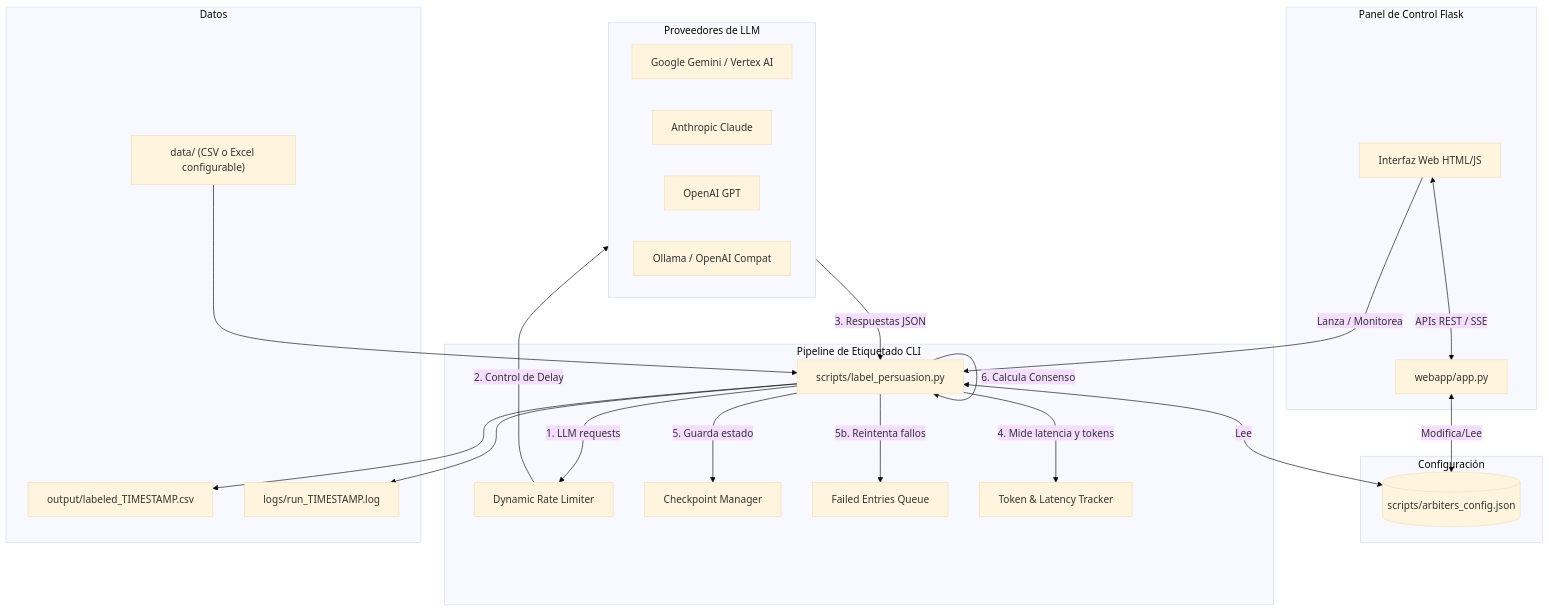
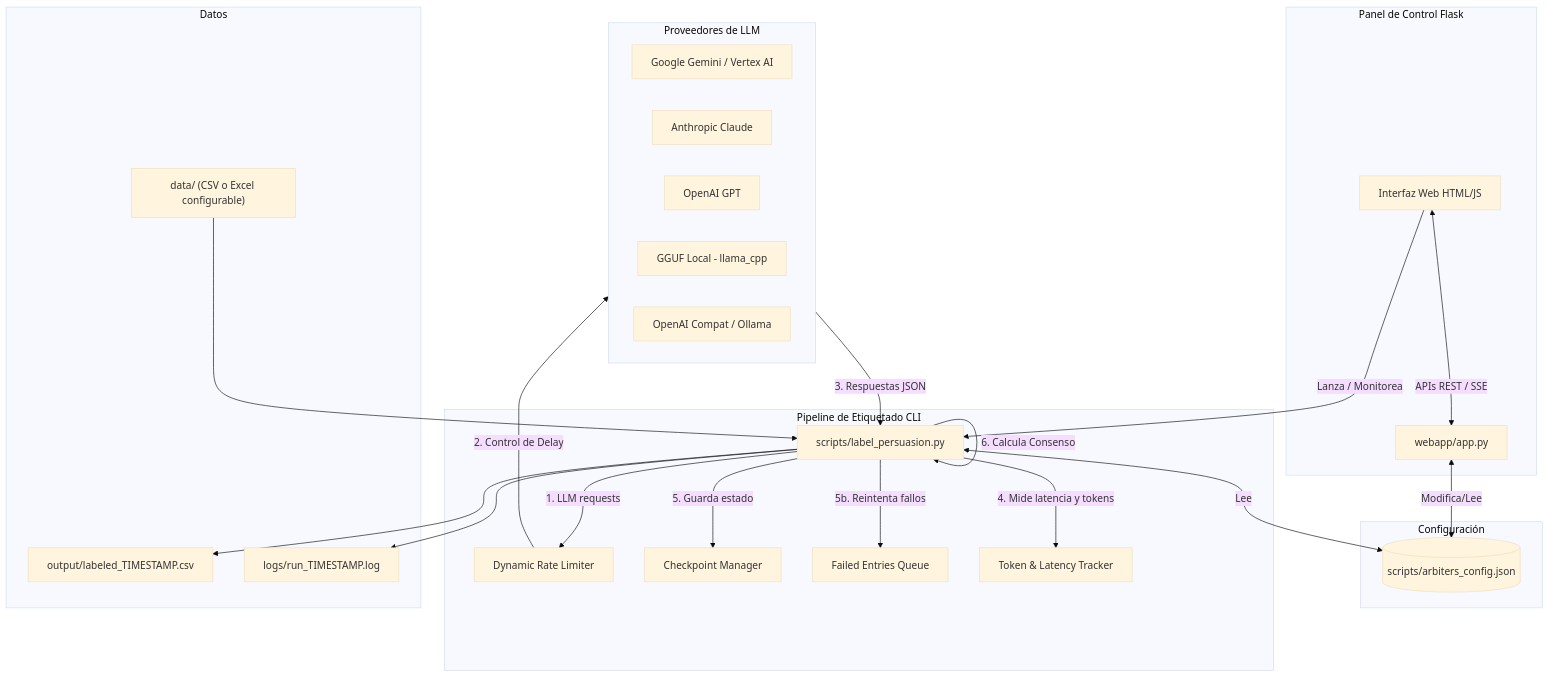
Before and after one commit to lbustio/LabelForge: the diagram in README.md, drawn with Mermaid (base theme). The commit also changed other lines of this file and 26 other files, not shown here.

Commit message:
Add local GGUF management and web hardening

````diff
--- a/README.md
+++ b/README.md
@@ -14,45 +14,46 @@
 ```mermaid
 flowchart TD
     subgraph WebApp [Panel de Control Flask]
         UI[Interfaz Web HTML/JS] <-->|APIs REST / SSE| Server[webapp/app.py]
     end
 
     subgraph Config [Configuración]
         CfgFile[(scripts/arbiters_config.json)]
     end
 
     subgraph Pipeline [Pipeline de Etiquetado CLI]
         Runner[scripts/label_persuasion.py]
         Limiter[Dynamic Rate Limiter]
         Checkpoint[Checkpoint Manager]
         FailedQ[Failed Entries Queue]
         Metrics[Token & Latency Tracker]
     end
 
     subgraph LLM_Providers [Proveedores de LLM]
         Gemini[Google Gemini / Vertex AI]
         Anthropic[Anthropic Claude]
         OpenAI[OpenAI GPT]
-        Local[Ollama / OpenAI Compat]
+        Local[GGUF Local - llama_cpp]
+        Compat[OpenAI Compat / Ollama]
     end
 
     subgraph Data [Datos]
         InputCSV["data/ (CSV o Excel configurable)"]
         OutputCSV[output/labeled_TIMESTAMP.csv]
         LogFile[logs/run_TIMESTAMP.log]
     end
 
     Server <-->|Modifica/Lee| CfgFile
     Runner <-->|Lee| CfgFile
     UI -->|Lanza / Monitorea| Runner
     InputCSV --> Runner
     Runner -->|1. LLM requests| Limiter
     Limiter -->|2. Control de Delay| LLM_Providers
     LLM_Providers -->|3. Respuestas JSON| Runner
     Runner -->|4. Mide latencia y tokens| Metrics
     Runner -->|5. Guarda estado| Checkpoint
     Runner -->|5b. Reintenta fallos| FailedQ
     Runner -->|6. Calcula Consenso| Runner
     Runner --> OutputCSV
     Runner --> LogFile
 ```
````
